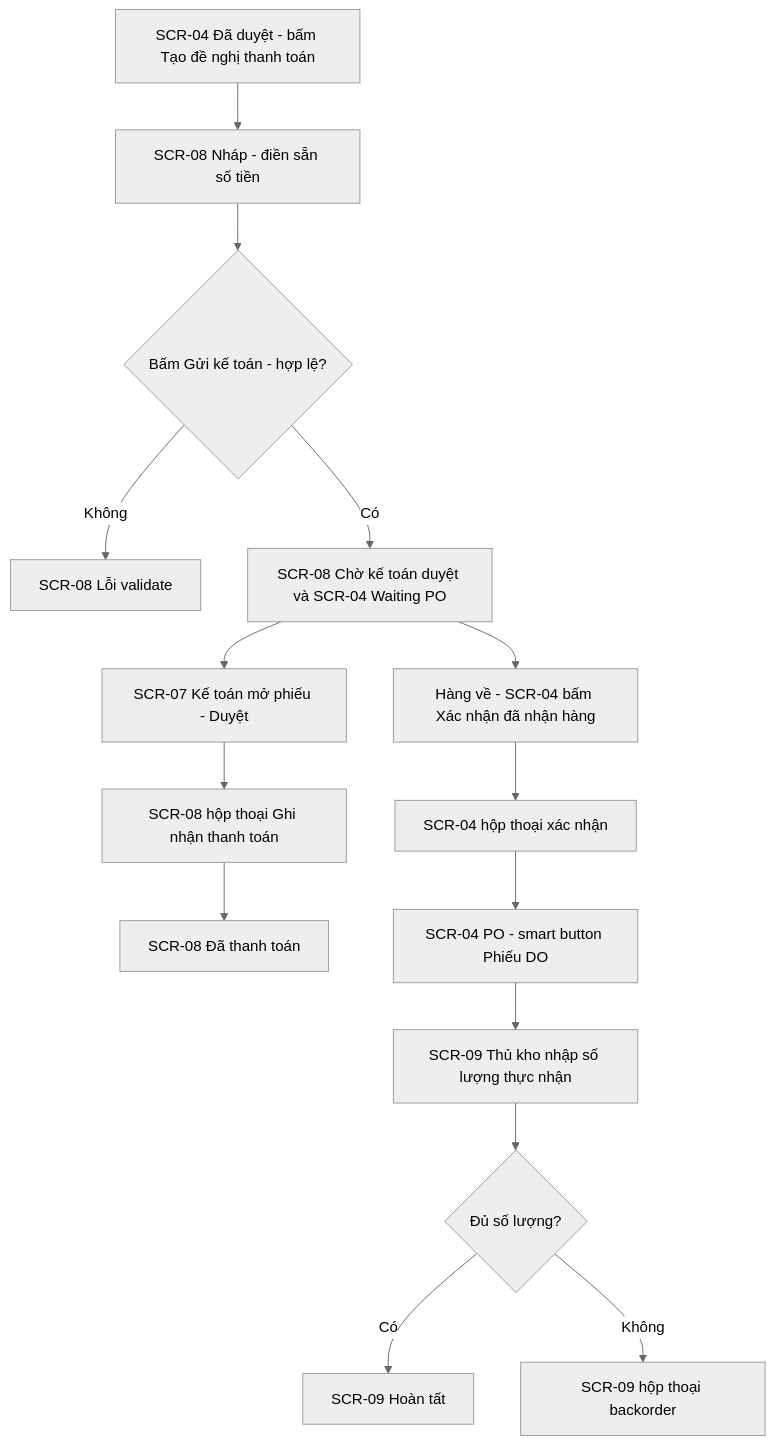
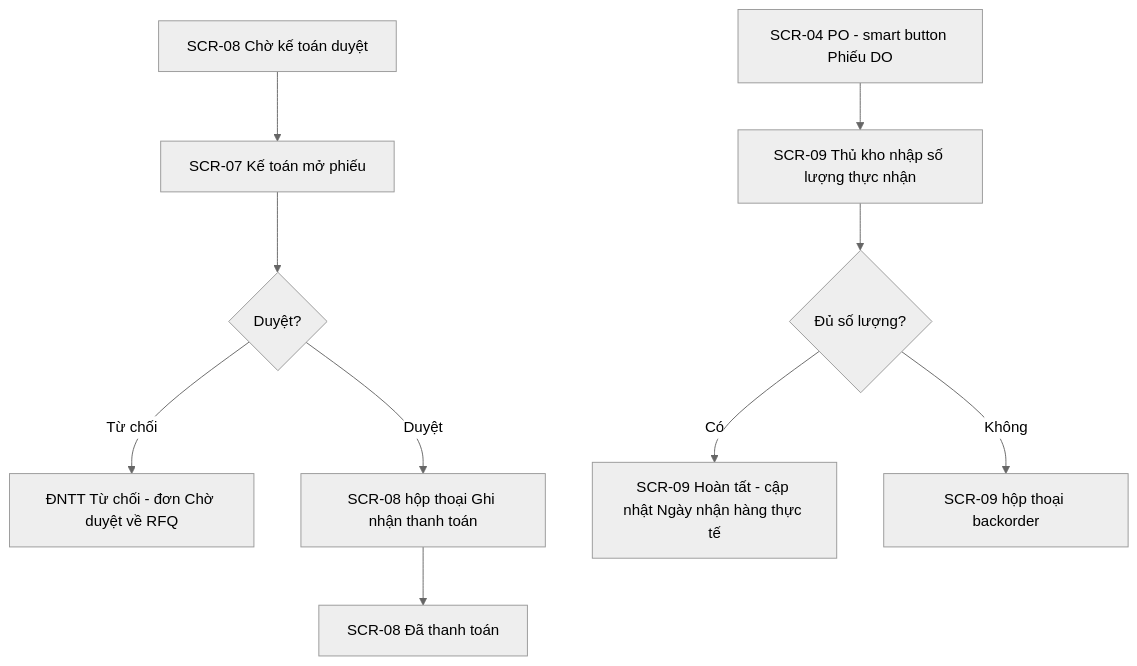
One commit to lethanhdat2002296-cpu/Skill_BA_Cloud_Automation changed the fourth of 5 diagrams in outputs/odoo-mua-hang/ui/flows.md. Above: the diagram before and after it, drawn with Mermaid (neutral theme). The commit also changed other lines of this file and 58 other files, not shown here.

````diff
--- a/outputs/odoo-mua-hang/ui/flows.md
+++ b/outputs/odoo-mua-hang/ui/flows.md
@@ -77,17 +87,12 @@
 ```mermaid
 flowchart TD
-  A[SCR-04 Đã duyệt - bấm Tạo đề nghị thanh toán] --> B[SCR-08 Nháp - điền sẵn số tiền]
-  B --> C{Bấm Gửi kế toán - hợp lệ?}
-  C -- Không --> C1[SCR-08 Lỗi validate]
-  C -- Có --> D[SCR-08 Chờ kế toán duyệt và SCR-04 Waiting PO]
-  D --> E[SCR-07 Kế toán mở phiếu - Duyệt]
-  E --> F[SCR-08 hộp thoại Ghi nhận thanh toán]
-  F --> G[SCR-08 Đã thanh toán]
-  D --> H[Hàng về - SCR-04 bấm Xác nhận đã nhận hàng]
-  H --> I[SCR-04 hộp thoại xác nhận]
-  I --> J[SCR-04 PO - smart button Phiếu DO]
-  J --> K[SCR-09 Thủ kho nhập số lượng thực nhận]
-  K --> L{Đủ số lượng?}
-  L -- Có --> M[SCR-09 Hoàn tất]
-  L -- Không --> N[SCR-09 hộp thoại backorder]
+  A[SCR-08 Chờ kế toán duyệt] --> B[SCR-07 Kế toán mở phiếu]
+  B --> C{Duyệt?}
+  C -- Từ chối --> C1[ĐNTT Từ chối - đơn Chờ duyệt về RFQ]
+  C -- Duyệt --> D[SCR-08 hộp thoại Ghi nhận thanh toán]
+  D --> E[SCR-08 Đã thanh toán]
+  F[SCR-04 PO - smart button Phiếu DO] --> G[SCR-09 Thủ kho nhập số lượng thực nhận]
+  G --> H{Đủ số lượng?}
+  H -- Có --> I[SCR-09 Hoàn tất - cập nhật Ngày nhận hàng thực tế]
+  H -- Không --> J[SCR-09 hộp thoại backorder]
 ```
````
